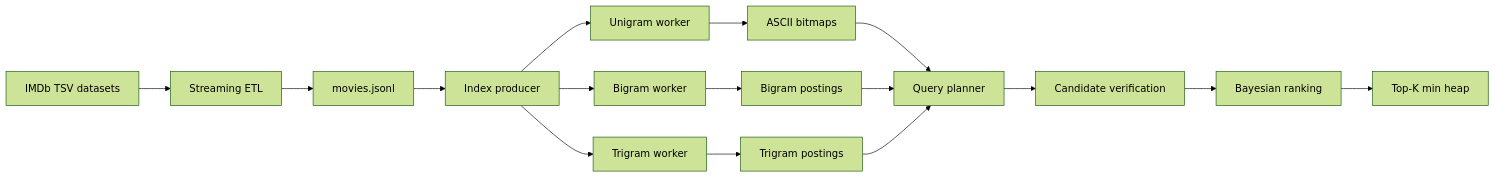
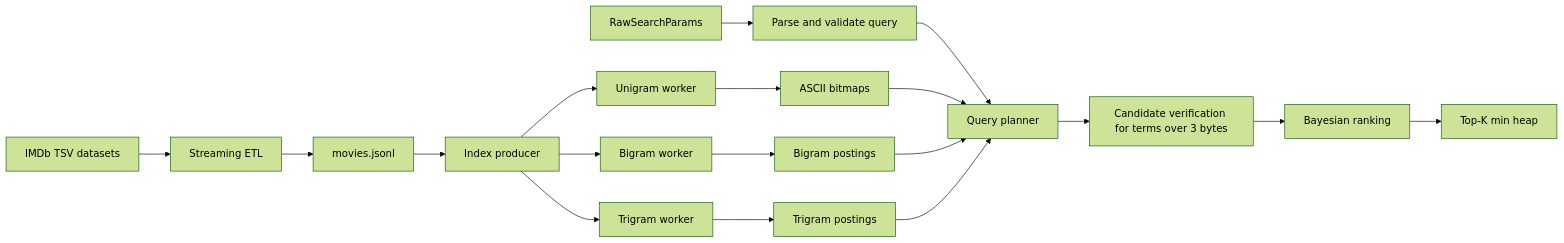
Before and after one commit to noahtigner/go-autocomplete: the diagram in README.md, drawn with Mermaid (forest theme). The commit also changed other lines of this file and 1 other file, not shown here.

````diff
--- a/README.md
+++ b/README.md
@@ -15,23 +15,25 @@
 ```mermaid
 flowchart LR
     A[IMDb TSV datasets] --> B[Streaming ETL]
     B --> C[movies.jsonl]
 
     C --> D[Index producer]
 
     D --> E[Unigram worker]
     D --> F[Bigram worker]
     D --> G[Trigram worker]
 
     E --> H[ASCII bitmaps]
     F --> I[Bigram postings]
     G --> J[Trigram postings]
 
-    H --> K[Query planner]
+    Q[RawSearchParams] --> R[Parse and validate query]
+    R --> K[Query planner]
+    H --> K
     I --> K
     J --> K
 
-    K --> L[Candidate verification]
+    K --> L[Candidate verification for terms over 3 bytes]
     L --> M[Bayesian ranking]
     M --> N[Top-K min heap]
 ```
````
